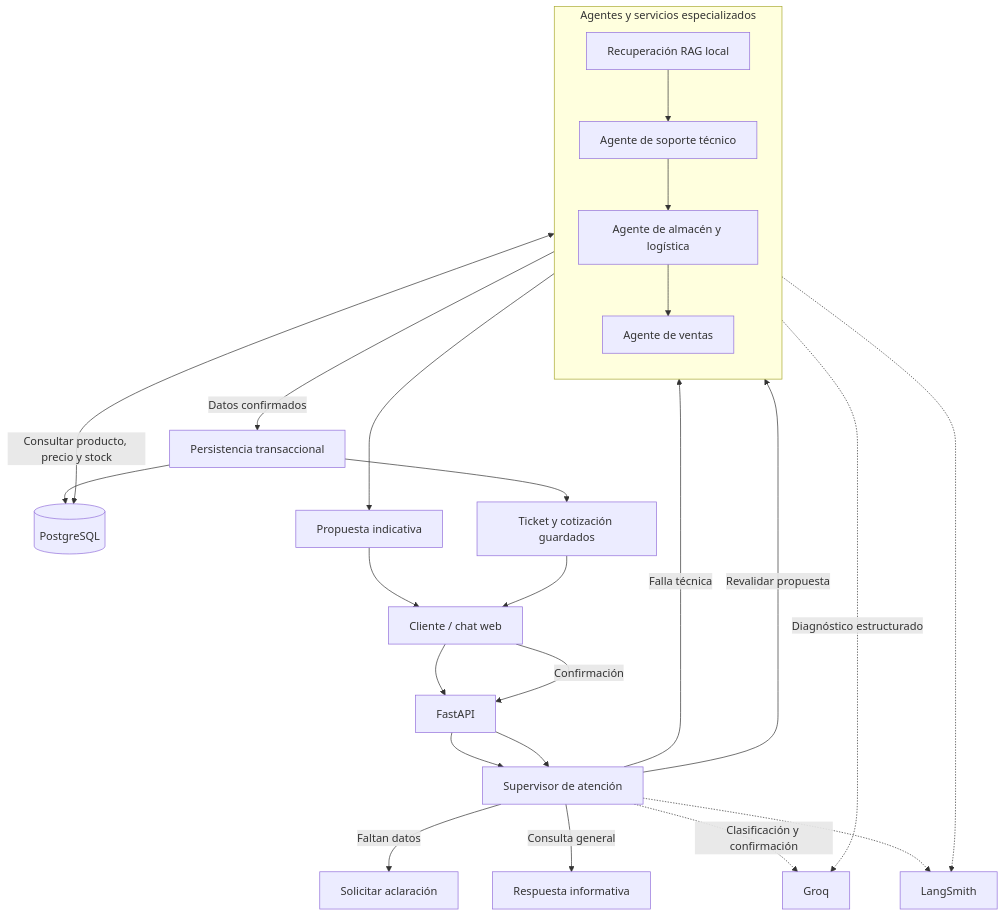
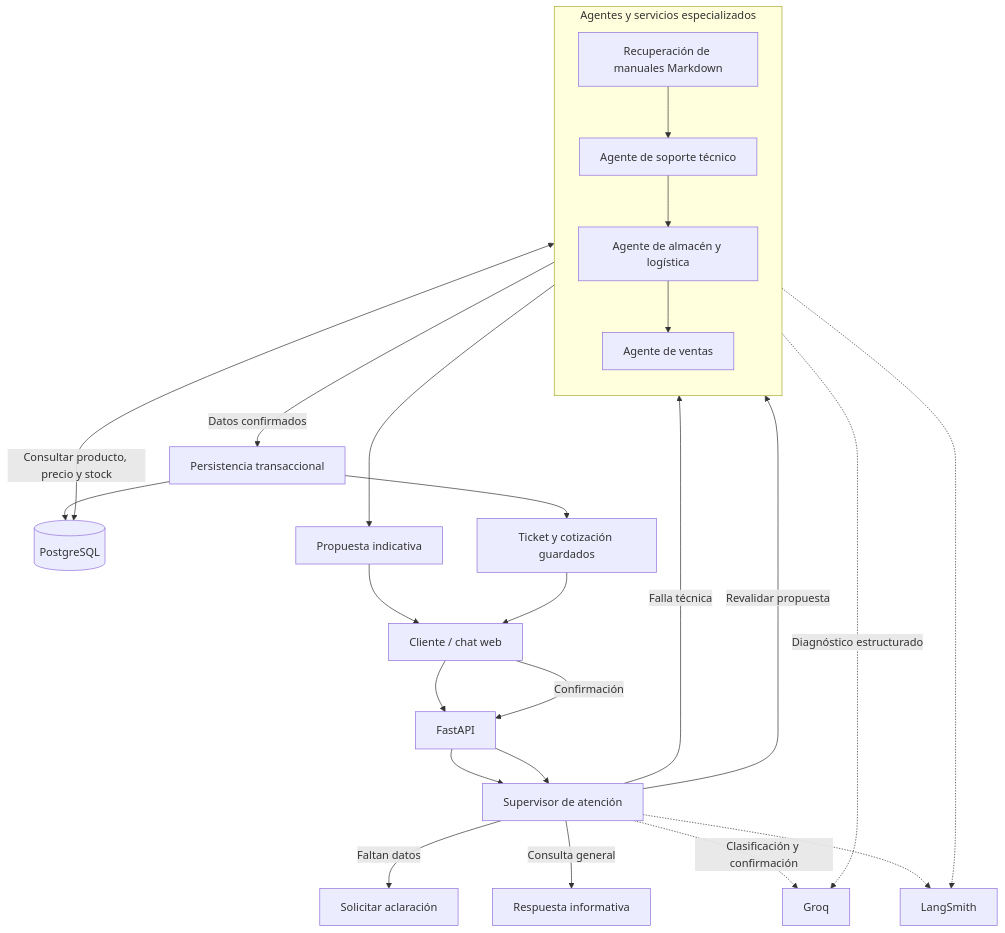
One commit to Multiagente-Servicio-Tecnico-Team/Sistema-Multiagente-de-Servicio-T-cnico-Ventas-y-Soporte changed the diagram in README.md. Above: the diagram before and after it, drawn with Mermaid. The commit also changed other lines of this file and 10 other files, not shown here.

````diff
--- a/README.md
+++ b/README.md
@@ -15,32 +15,32 @@
 ```mermaid
 flowchart TD
     Cliente["Cliente / chat web"] --> API["FastAPI"]
     API --> Supervisor["Supervisor de atención"]
 
     Supervisor -->|Faltan datos| Aclaracion["Solicitar aclaración"]
     Supervisor -->|Consulta general| Informacion["Respuesta informativa"]
-    Supervisor -->|Falla técnica| RAG["Recuperación RAG local"]
+    Supervisor -->|Falla técnica| RAG["Recuperación de manuales Markdown"]
 
     subgraph Especialistas["Agentes y servicios especializados"]
         direction TD
         RAG --> Tecnico["Agente de soporte técnico"]
         Tecnico --> Almacen["Agente de almacén y logística"]
         Almacen --> Ventas["Agente de ventas"]
     end
 
     Almacen <-->|Consultar producto, precio y stock| PostgreSQL[("PostgreSQL")]
     Ventas --> Propuesta["Propuesta indicativa"]
     Propuesta --> Cliente
     Cliente -->|Confirmación| API
     API --> Supervisor
     Supervisor -->|Revalidar propuesta| Almacen
     Ventas -->|Datos confirmados| Persistencia["Persistencia transaccional"]
     Persistencia --> PostgreSQL
     Persistencia --> Respuesta["Ticket y cotización guardados"]
     Respuesta --> Cliente
 
     Supervisor -. "Clasificación y confirmación" .-> Groq["Groq"]
     Tecnico -. "Diagnóstico estructurado" .-> Groq
     Supervisor -.-> LangSmith["LangSmith"]
     Tecnico -.-> LangSmith
 ```
````
